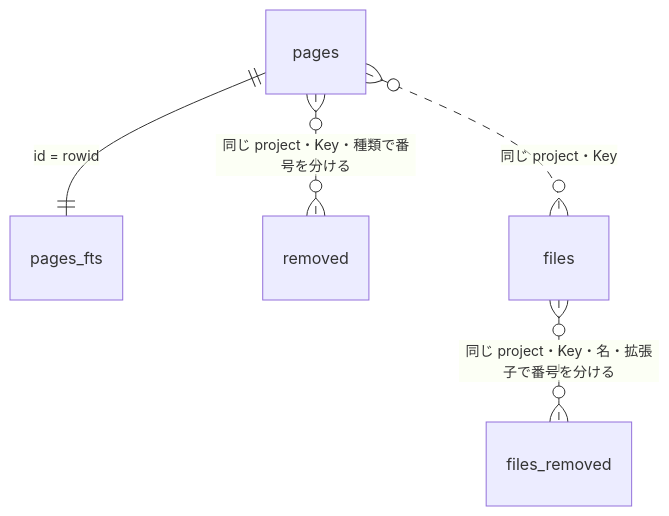
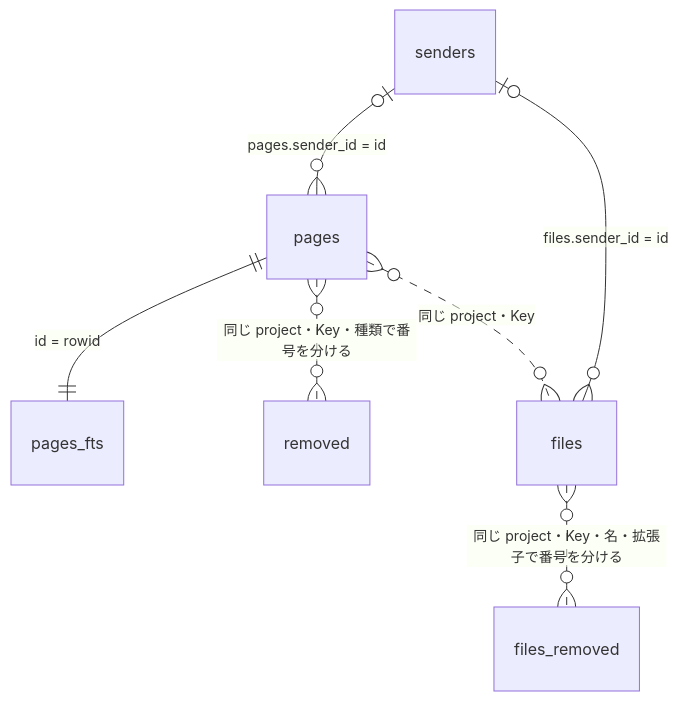
One commit to uraitakahito/pagetray changed the diagram in docs/src/db.md. Above: the diagram before and after it, drawn with Mermaid. The commit also changed other lines of this file and 31 other files, not shown here.

````diff
--- a/docs/src/db.md
+++ b/docs/src/db.md
@@ -11,7 +11,9 @@
 ```mermaid
 erDiagram
   pages ||--|| pages_fts : "id = rowid"
   pages }o..o{ removed : "同じ project・Key・種類で番号を分ける"
   pages }o..o{ files : "同じ project・Key"
   files }o..o{ files_removed : "同じ project・Key・名・拡張子で番号を分ける"
+  senders |o--o{ pages : "pages.sender_id = id"
+  senders |o--o{ files : "files.sender_id = id"
 ```
````
